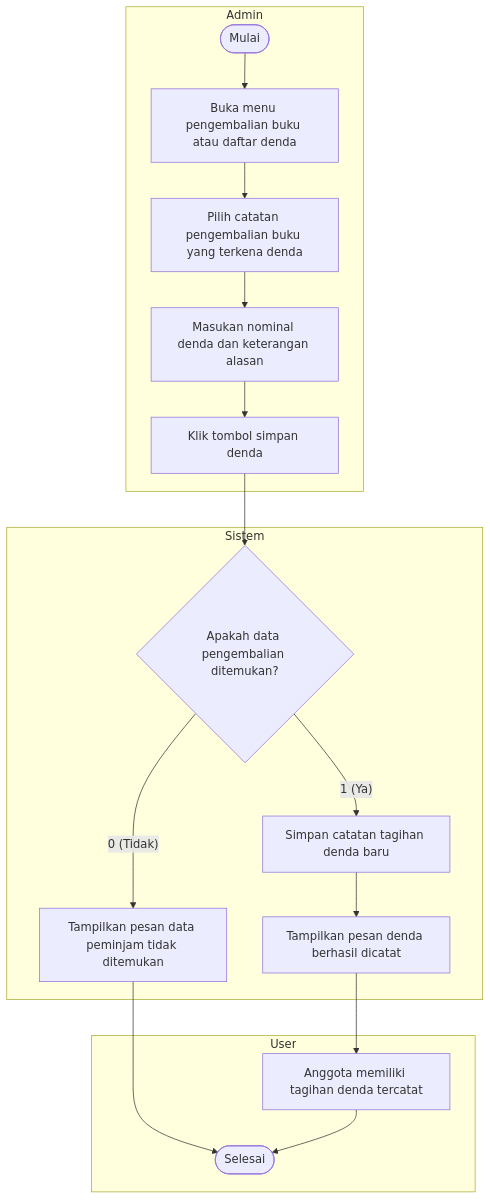
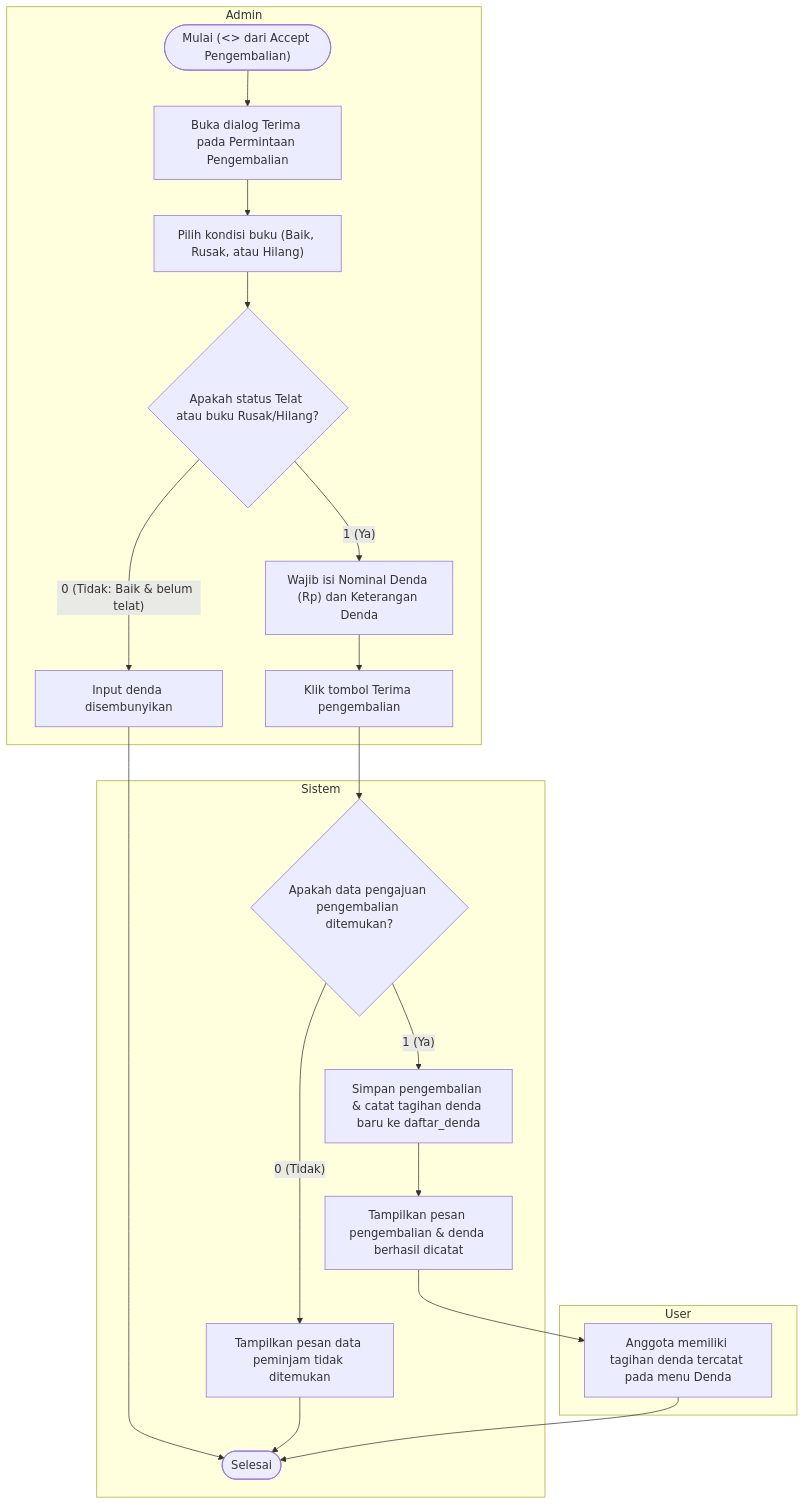
Before and after one commit to dimstyle/ruang-baca: the diagram in docs/uml/src/diagrams/list-diagrams/activity-createdenda.mmd, drawn with Mermaid. The commit also changed 13 other files, not shown here.

Commit message:
refactor(ui,uml): restore denda page for read/update and make create denda extend accept pengembalian

```diff
--- a/docs/uml/src/diagrams/list-diagrams/activity-createdenda.mmd
+++ b/docs/uml/src/diagrams/list-diagrams/activity-createdenda.mmd
@@ -1,20 +1,23 @@
 flowchart TD
     subgraph Admin["Admin"]
-        start(["Mulai"]) --> openMenu["Buka menu pengembalian buku atau daftar denda"]
-        openMenu --> selectReturn["Pilih catatan pengembalian buku yang terkena denda"]
-        selectReturn --> inputFine["Masukan nominal denda dan keterangan alasan"]
-        inputFine --> clickSave["Klik tombol simpan denda"]
+        start(["Mulai (<<extend>> dari Accept Pengembalian)"]) --> openDialog["Buka dialog Terima pada Permintaan Pengembalian"]
+        openDialog --> selectStatus["Pilih kondisi buku (Baik, Rusak, atau Hilang)"]
+        selectStatus --> evalFine{"Apakah status Telat atau buku Rusak/Hilang?"}
+        evalFine -->|"0 (Tidak: Baik & belum telat)"| hideInput["Input denda disembunyikan"]
+        evalFine -->|"1 (Ya)"| inputFine["Wajib isi Nominal Denda (Rp) dan Keterangan Denda"]
+        inputFine --> clickSave["Klik tombol Terima pengembalian"]
     end
 
     subgraph Sistem["Sistem"]
-        clickSave --> checkFound{"Apakah data pengembalian ditemukan?"}
+        hideInput --> finish(["Selesai"])
+        clickSave --> checkFound{"Apakah data pengajuan pengembalian ditemukan?"}
         checkFound -->|"0 (Tidak)"| notFound["Tampilkan pesan data peminjam tidak ditemukan"]
-        checkFound -->|"1 (Ya)"| saveFine["Simpan catatan tagihan denda baru"]
-        saveFine --> created["Tampilkan pesan denda berhasil dicatat"]
+        checkFound -->|"1 (Ya)"| saveFine["Simpan pengembalian & catat tagihan denda baru ke daftar_denda"]
+        saveFine --> created["Tampilkan pesan pengembalian & denda berhasil dicatat"]
     end
 
     subgraph User["User"]
-        notFound --> finish(["Selesai"])
-        created --> hasFine["Anggota memiliki tagihan denda tercatat"]
+        notFound --> finish
+        created --> hasFine["Anggota memiliki tagihan denda tercatat pada menu Denda"]
         hasFine --> finish
     end
```
